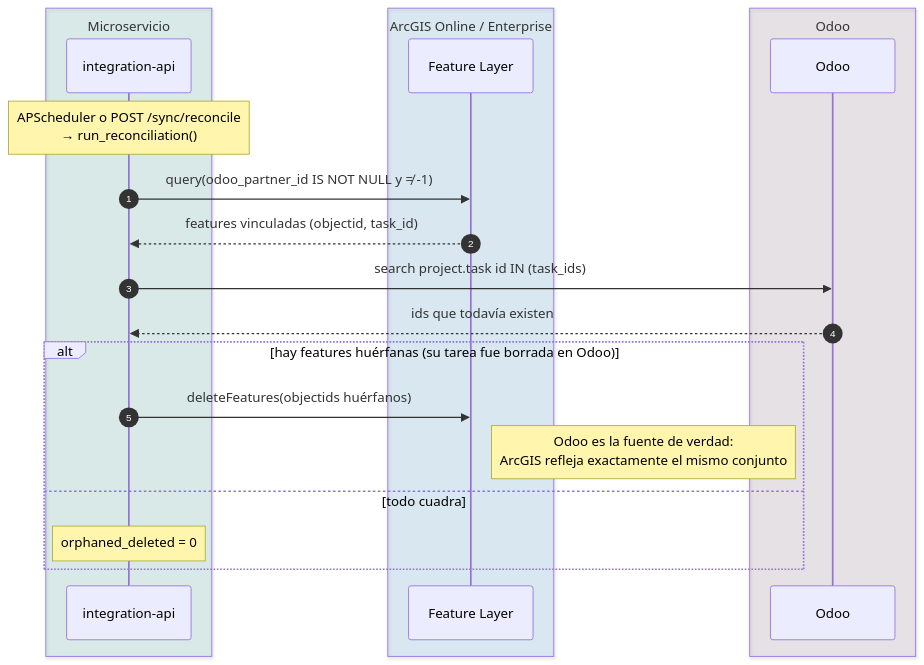
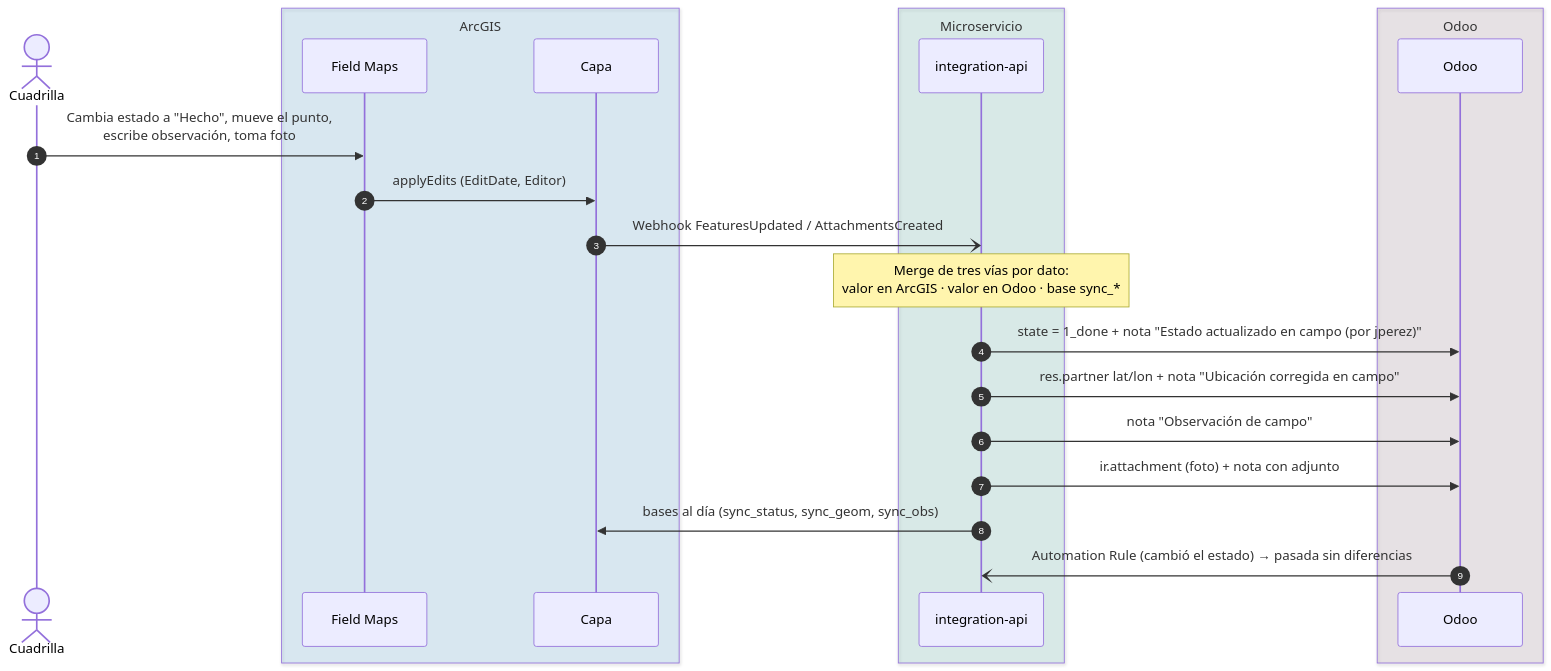
Before and after one commit to osbonilla/IntegracionOdooArcGIS: the fourth of 7 diagrams in README.md, drawn with Mermaid. The commit also changed other lines of this file and 9 other files, not shown here.

````diff
--- a/README.md
+++ b/README.md
@@ -182,27 +182,26 @@
 ```mermaid
 sequenceDiagram
     autonumber
+    actor Q as Cuadrilla
+    box rgba(0,121,193,0.12) ArcGIS
+        participant FM as Field Maps
+        participant L as Capa
+    end
     box rgba(0,137,123,0.12) Microservicio
         participant API as integration-api
-    end
-    box rgba(0,121,193,0.12) ArcGIS Online / Enterprise
-        participant L as Feature Layer
     end
     box rgba(113,75,103,0.12) Odoo
         participant O as Odoo
     end
 
-    Note over API: APScheduler o POST /sync/reconcile<br/>→ run_reconciliation()
-
-    API->>L: query(odoo_partner_id IS NOT NULL y ≠ -1)
-    L-->>API: features vinculadas (objectid, task_id)
-    API->>O: search project.task id IN (task_ids)
-    O-->>API: ids que todavía existen
-
-    alt hay features huérfanas (su tarea fue borrada en Odoo)
-        API->>L: deleteFeatures(objectids huérfanos)
-        Note right of L: Odoo es la fuente de verdad:<br/>ArcGIS refleja exactamente el mismo conjunto
-    else todo cuadra
-        Note over API: orphaned_deleted = 0
-    end
+    Q->>FM: Cambia estado a "Hecho", mueve el punto,<br/>escribe observación, toma foto
+    FM->>L: applyEdits (EditDate, Editor)
+    L-)API: Webhook FeaturesUpdated / AttachmentsCreated
+    Note over API: Merge de tres vías por dato:<br/>valor en ArcGIS · valor en Odoo · base sync_*
+    API->>O: state = 1_done + nota "Estado actualizado en campo (por jperez)"
+    API->>O: res.partner lat/lon + nota "Ubicación corregida en campo"
+    API->>O: nota "Observación de campo"
+    API->>O: ir.attachment (foto) + nota con adjunto
+    API->>L: bases al día (sync_status, sync_geom, sync_obs)
+    O-)API: Automation Rule (cambió el estado) → pasada sin diferencias
 ```
````
